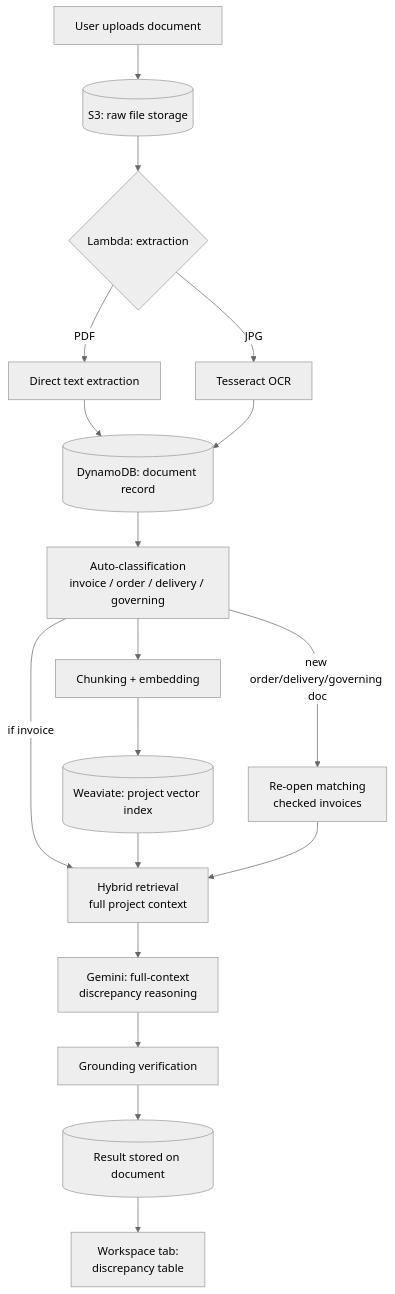
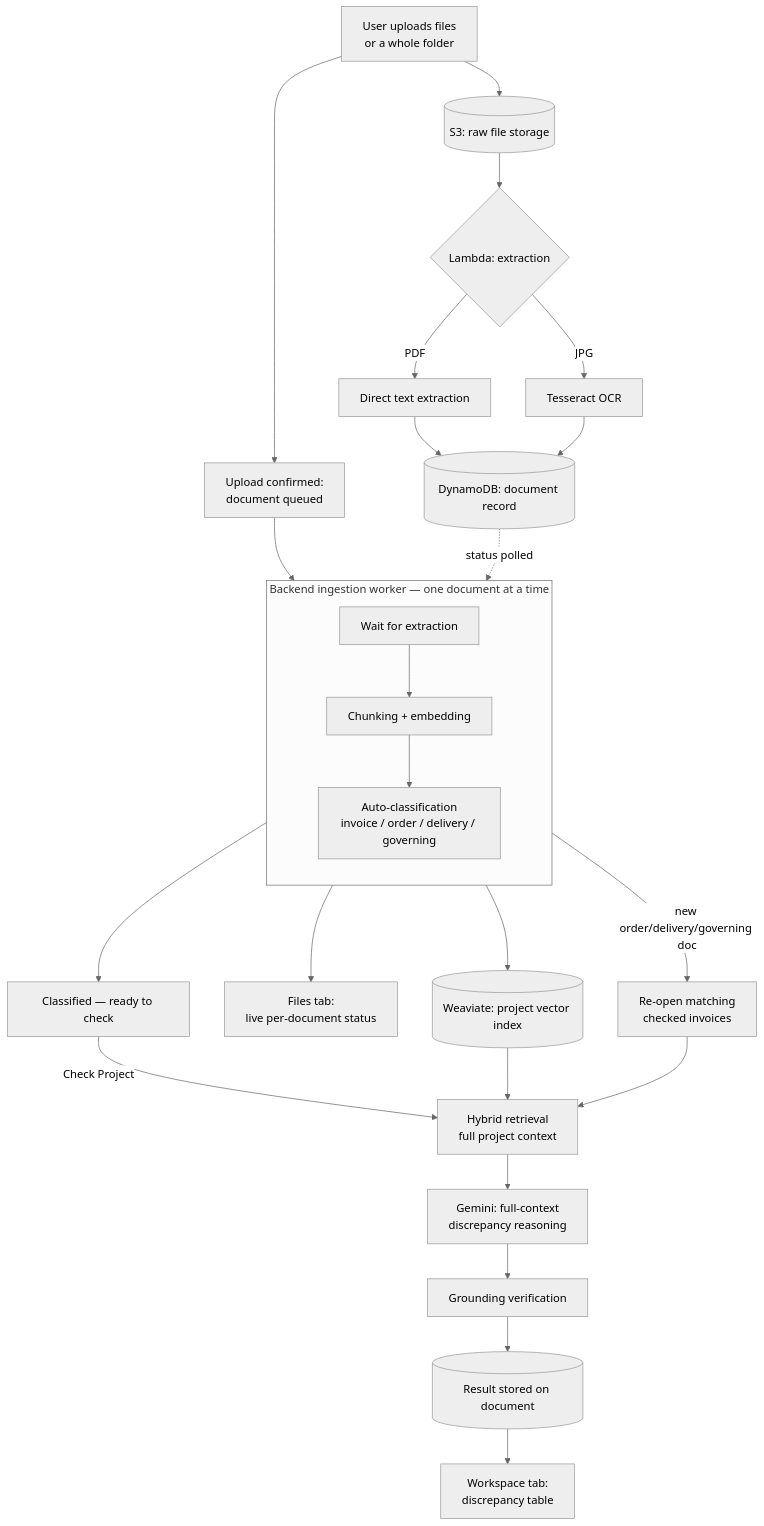
One commit to renish04/Clarivo changed the diagram in README.md. Above: the diagram before and after it, drawn with Mermaid (neutral theme). The commit also changed other lines of this file, not shown here.

Commit message:
README Updated

````diff
--- a/README.md
+++ b/README.md
@@ -44,20 +45,32 @@
 ```mermaid
 flowchart TD
-    A[User uploads document] --> B[(S3: raw file storage)]
+    A[User uploads files\nor a whole folder] --> B[(S3: raw file storage)]
+    A --> Q[Upload confirmed:\ndocument queued]
     B --> C{Lambda: extraction}
     C -->|PDF| D[Direct text extraction]
     C -->|JPG| E[Tesseract OCR]
     D --> F[(DynamoDB: document record)]
     E --> F
-    F --> G[Auto-classification\ninvoice / order / delivery / governing]
-    G --> H[Chunking + embedding]
-    H --> I[(Weaviate: project vector index)]
-    G -->|if invoice| J[Hybrid retrieval\nfull project context]
+
+    Q --> W1
+
+    subgraph W [Backend ingestion worker — one document at a time]
+        direction TB
+        W1[Wait for extraction] --> W2[Chunking + embedding]
+        W2 --> W3[Auto-classification\ninvoice / order / delivery / governing]
+    end
+
+    F -.->|status polled| W1
+    W2 --> I[(Weaviate: project vector index)]
+    W3 --> P[Files tab:\nlive per-document status]
+
+    W3 --> R[Classified — ready to check]
+    R -->|Check Project| J[Hybrid retrieval\nfull project context]
     I --> J
     J --> K[Gemini: full-context\ndiscrepancy reasoning]
     K --> L[Grounding verification]
     L --> M[(Result stored on document)]
     M --> N[Workspace tab:\ndiscrepancy table]
-    G -->|new order/delivery/governing doc| O[Re-open matching\nchecked invoices]
+    W3 -->|new order/delivery/governing doc| O[Re-open matching\nchecked invoices]
     O --> J
 ```
````
